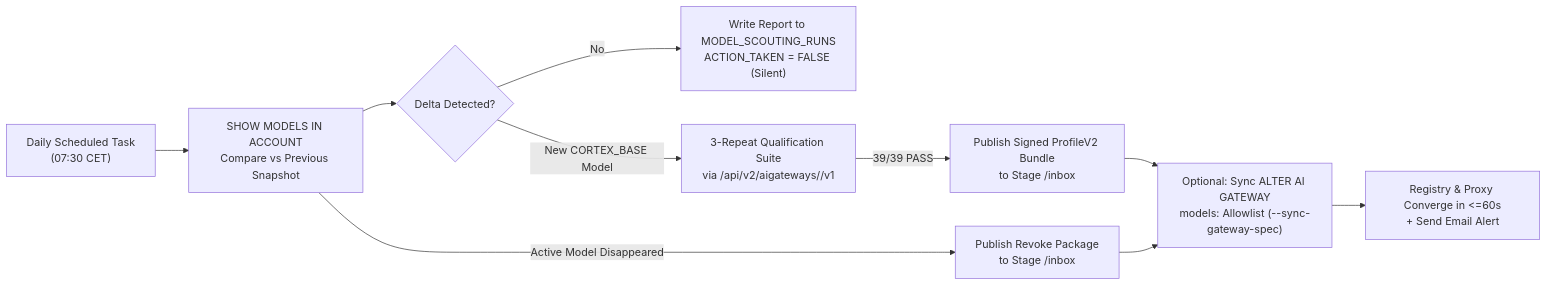
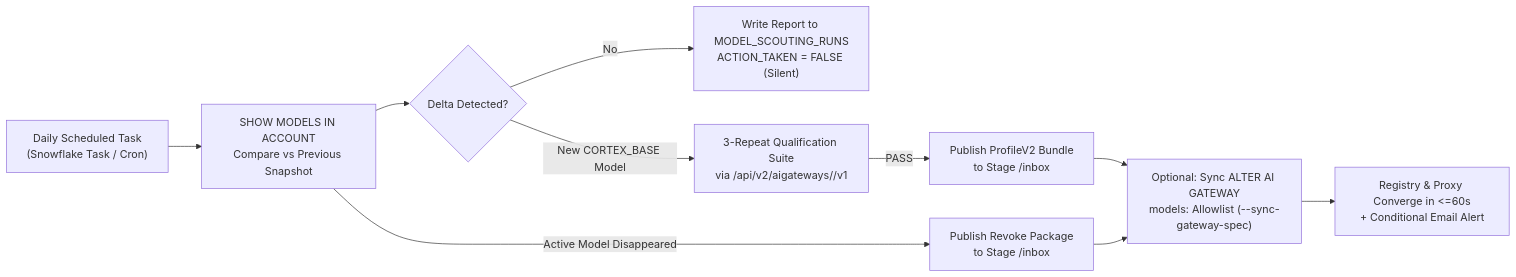
Before and after one commit to fbattaglieri-snowflake/snowflake-proxy-cortex-aigateway: the third of 3 diagrams in README.md, drawn with Mermaid. The commit also changed other lines of this file and 6 other files, not shown here.

````diff
--- a/README.md
+++ b/README.md
@@ -293,11 +328,11 @@
 ```mermaid
 flowchart LR
-    A["Daily Scheduled Task<br/>(07:30 CET)"] --> B["SHOW MODELS IN ACCOUNT<br/>Compare vs Previous Snapshot"]
+    A["Daily Scheduled Task<br/>(Snowflake Task / Cron)"] --> B["SHOW MODELS IN ACCOUNT<br/>Compare vs Previous Snapshot"]
     B --> C{"Delta Detected?"}
     C -->|"No"| D["Write Report to MODEL_SCOUTING_RUNS<br/>ACTION_TAKEN = FALSE (Silent)"]
     C -->|"New CORTEX_BASE Model"| E["3-Repeat Qualification Suite<br/>via /api/v2/aigateways/<gw>/v1"]
-    E -->|"39/39 PASS"| F["Publish Signed ProfileV2 Bundle<br/>to Stage /inbox"]
+    E -->|"PASS"| F["Publish ProfileV2 Bundle<br/>to Stage /inbox"]
     B -->|"Active Model Disappeared"| G["Publish Revoke Package<br/>to Stage /inbox"]
     F & G --> H["Optional: Sync ALTER AI GATEWAY<br/>models: Allowlist (--sync-gateway-spec)"]
-    H --> I["Registry & Proxy Converge in <=60s<br/>+ Send Email Alert"]
+    H --> I["Registry & Proxy Converge in <=60s<br/>+ Conditional Email Alert"]
 ```
````
